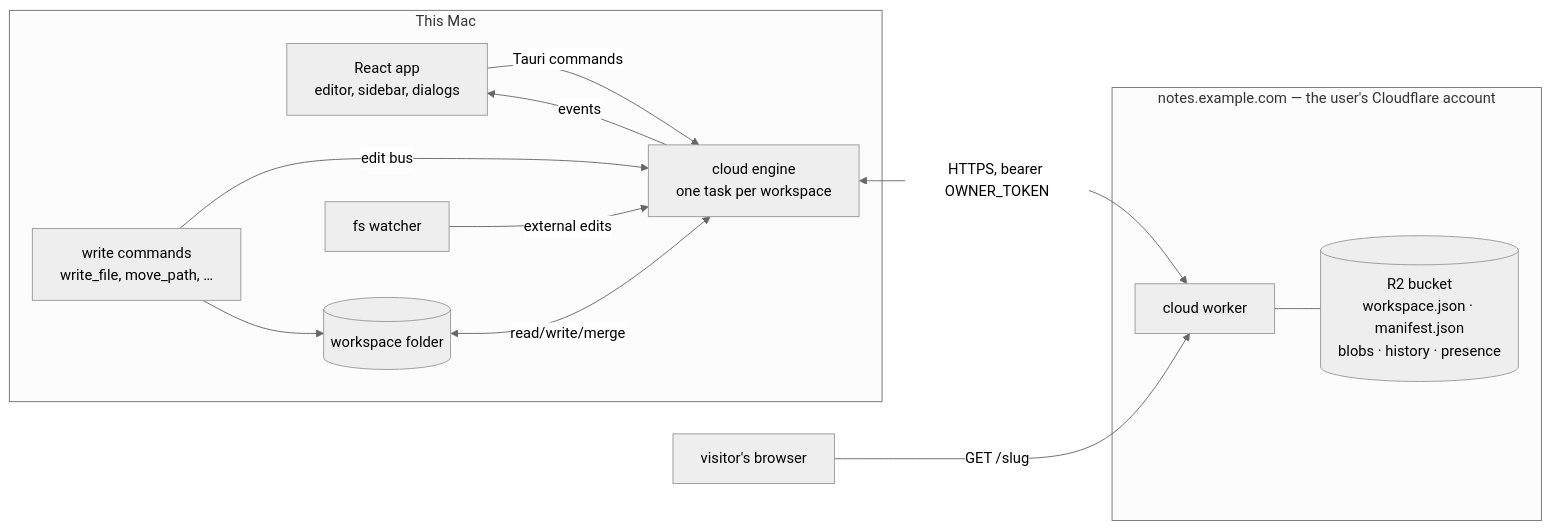
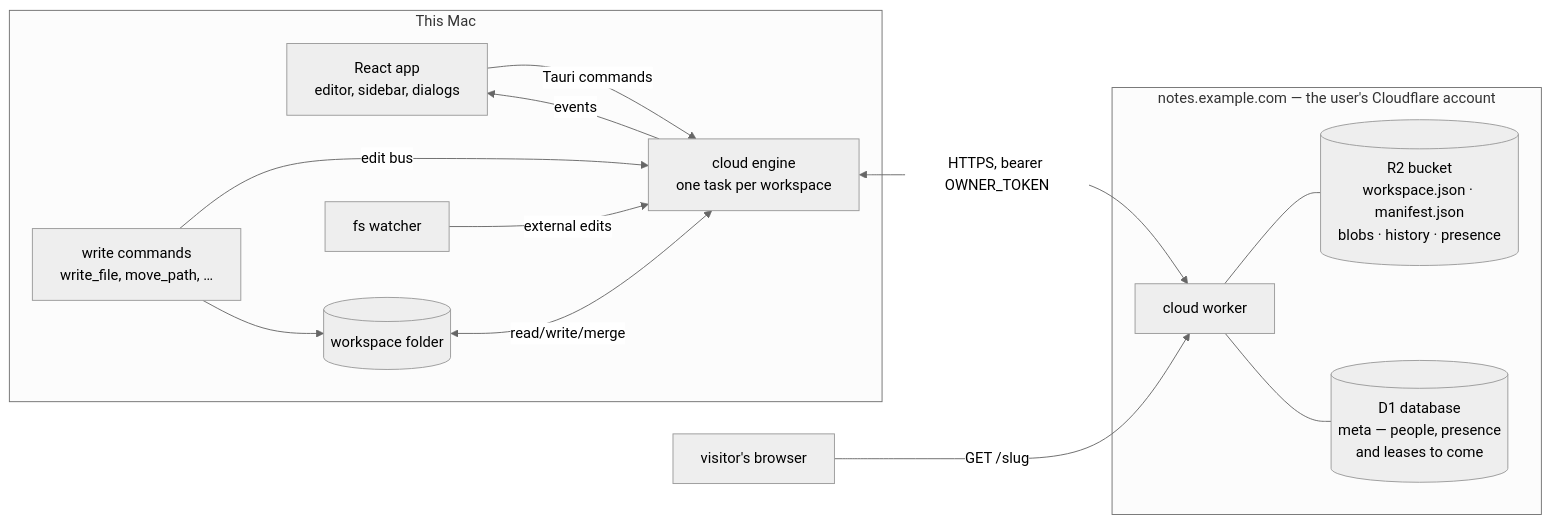
The first of 2 diagrams in docs/cloud.md (boat-builder/doklin), drawn with Mermaid (neutral theme) before and after one commit. The commit also changed other lines of this file and 18 other files, not shown here.

````diff
--- a/docs/cloud.md
+++ b/docs/cloud.md
@@ -99,16 +99,17 @@
 ```mermaid
 flowchart LR
   subgraph mac[This Mac]
     UI[React app<br/>editor, sidebar, dialogs] -- Tauri commands --> ENG
     ENG[cloud engine<br/>one task per workspace] -- events --> UI
     FS[(workspace folder)] <-- read/write/merge --> ENG
     WR[write commands<br/>write_file, move_path, …] -- edit bus --> ENG
     WR --> FS
     WATCH[fs watcher] -- external edits --> ENG
   end
   subgraph cf[notes.example.com — the user's Cloudflare account]
     W[cloud worker] --- R2[(R2 bucket<br/>workspace.json · manifest.json<br/>blobs · history · presence)]
+    W --- D1[(D1 database<br/>meta — people, presence<br/>and leases to come)]
   end
   ENG <-- HTTPS, bearer OWNER_TOKEN --> W
   V[visitor's browser] -- GET /slug --> W
 ```
````
